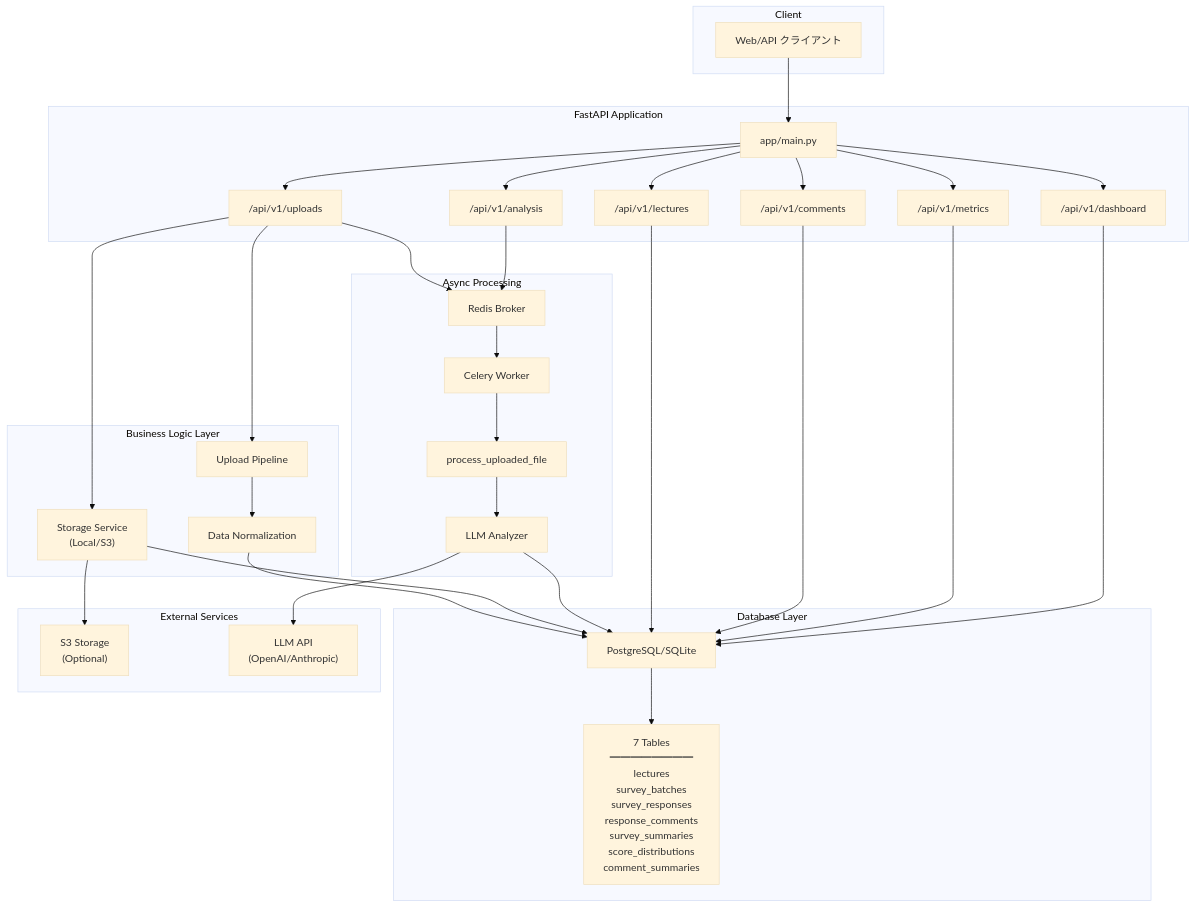
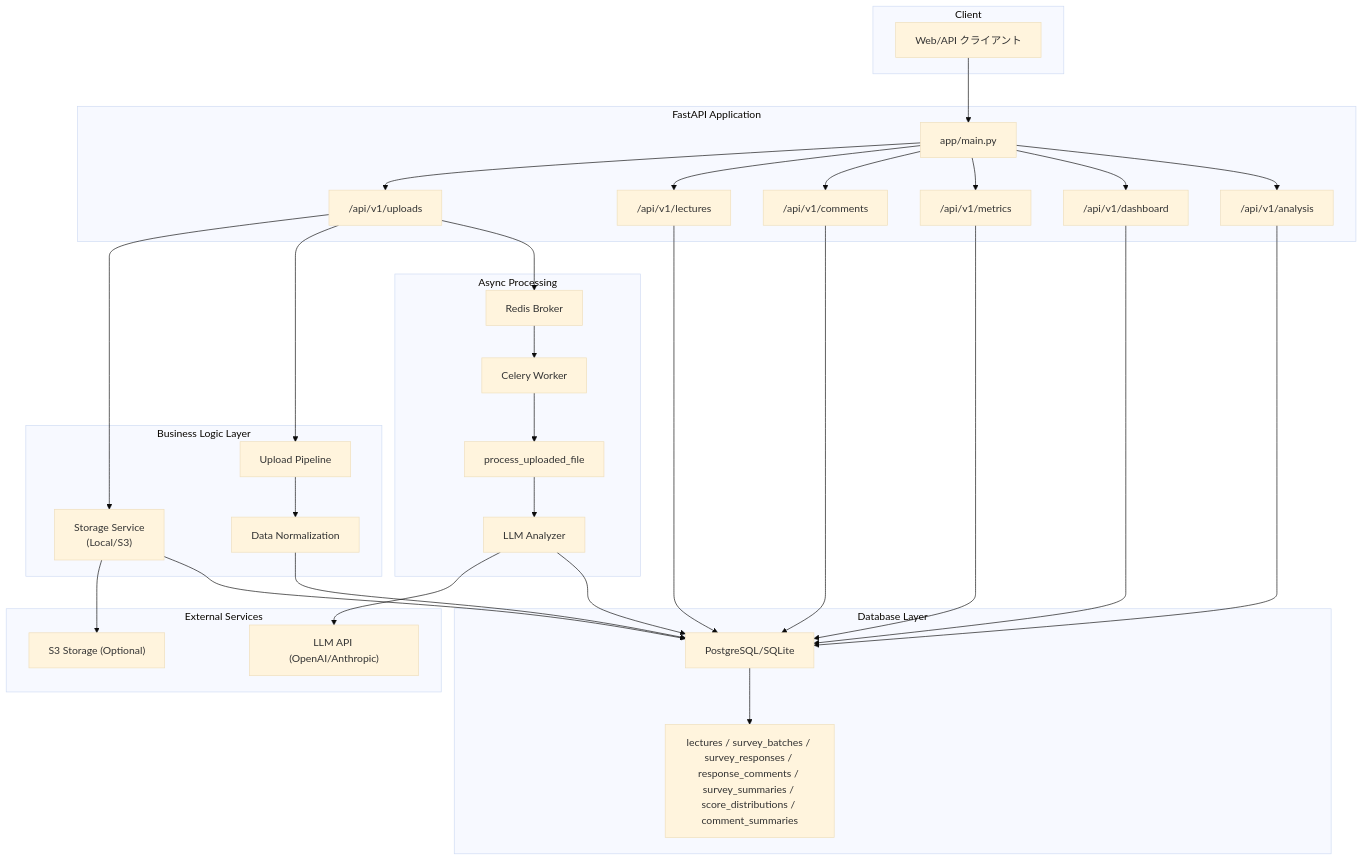
One commit to yt1970/AIE-DXproject_1_back changed the diagram in docs/dataflow.md. Above: the diagram before and after it, drawn with Mermaid (base theme). The commit also changed other lines of this file and 3 other files, not shown here.

Commit message:
Update comments API and docs

````diff
--- a/docs/dataflow.md
+++ b/docs/dataflow.md
@@ -7,70 +7,70 @@
 ```mermaid
 graph TB
     subgraph Client
         Web["Web/API クライアント"]
     end
 
     subgraph API["FastAPI Application"]
         FastAPI["app/main.py"]
         Upload["/api/v1/uploads"]
         Lectures["/api/v1/lectures"]
         Comments["/api/v1/comments"]
         Metrics["/api/v1/metrics"]
         Dashboard["/api/v1/dashboard"]
         Analysis["/api/v1/analysis"]
     end
 
     subgraph Services["Business Logic Layer"]
         Storage["Storage Service<br/>(Local/S3)"]
         Pipeline["Upload Pipeline"]
         Normalization["Data Normalization"]
     end
 
     subgraph Workers["Async Processing"]
         Celery["Celery Worker"]
         Redis["Redis Broker"]
         Task["process_uploaded_file"]
         LLM["LLM Analyzer"]
     end
 
     subgraph Database["Database Layer"]
         DB["PostgreSQL/SQLite"]
-        Tables["7 Tables<br/>━━━━━━━━<br/>lectures<br/>survey_batches<br/>survey_responses<br/>response_comments<br/>survey_summaries<br/>score_distributions<br/>comment_summaries"]
+        Tables["lectures / survey_batches / survey_responses / response_comments / survey_summaries / score_distributions / comment_summaries"]
     end
 
     subgraph External["External Services"]
-        S3["S3 Storage<br/>(Optional)"]
-        LLMAPI["LLM API<br/>(OpenAI/Anthropic)"]
+        S3["S3 Storage (Optional)"]
+        LLMAPI["LLM API (OpenAI/Anthropic)"]
     end
 
     Web --> FastAPI
     FastAPI --> Upload
     FastAPI --> Lectures
     FastAPI --> Comments
     FastAPI --> Metrics
     FastAPI --> Dashboard
     FastAPI --> Analysis
 
     Upload --> Storage
     Upload --> Pipeline
     Upload --> Redis
     
     Pipeline --> Normalization
     Normalization --> DB
     Storage --> S3
     Storage --> DB
 
     Redis --> Celery
     Celery --> Task
     Task --> LLM
     LLM --> LLMAPI
     LLM --> DB
 
     Lectures --> DB
     Comments --> DB
     Metrics --> DB
     Dashboard --> DB
-    Analysis --> Redis
+    Analysis --> DB
     
     DB --> Tables
 ```
````
